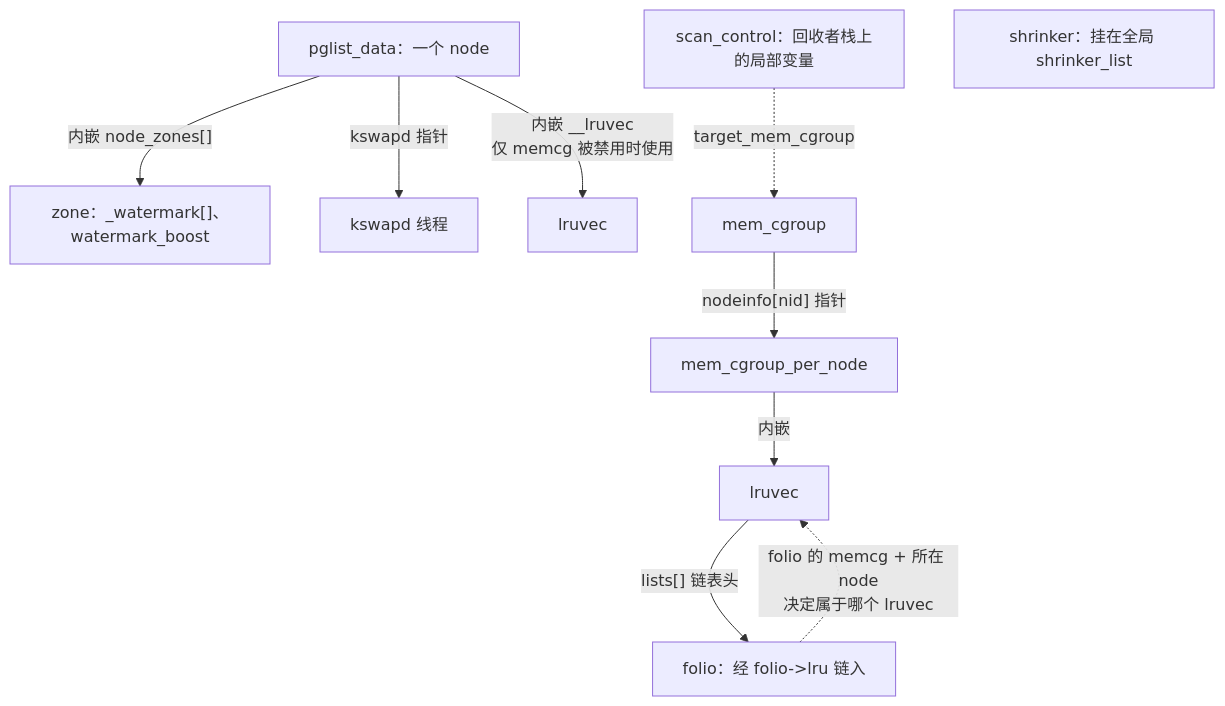
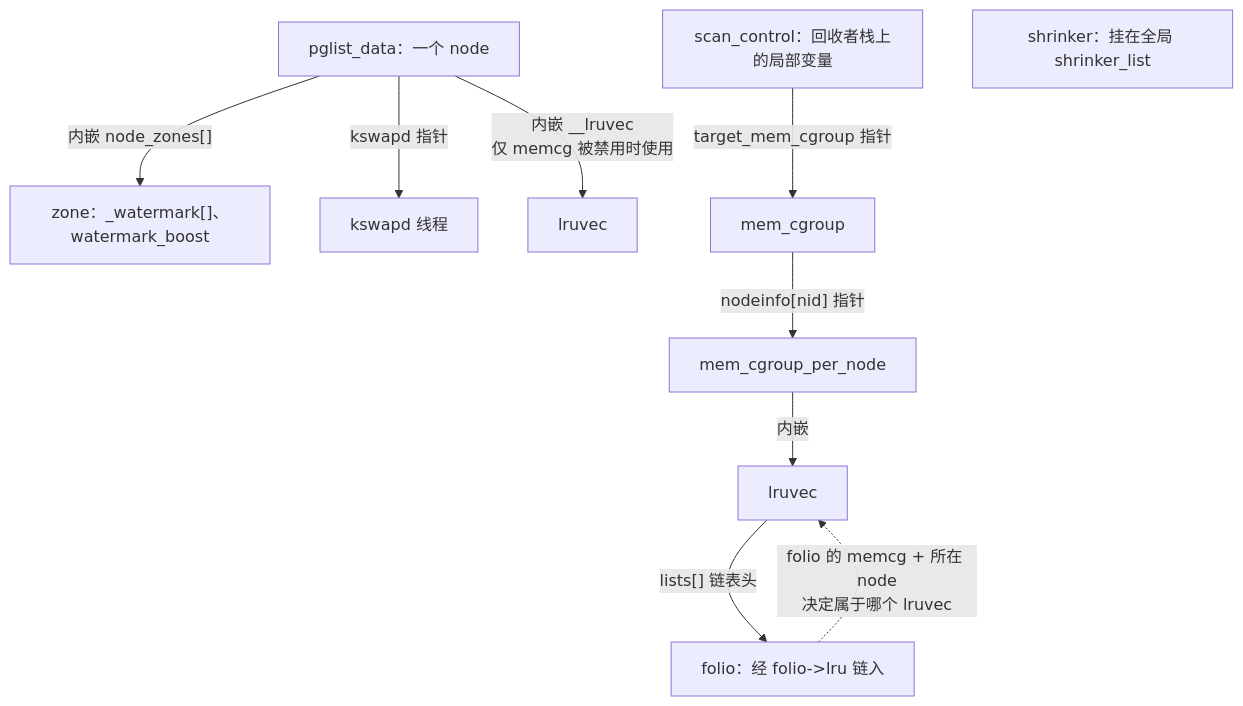
The third of 7 diagrams in book/memory/reclaim.md (linuxperf/linux-study), drawn with Mermaid before and after one commit. The commit also changed other lines of this file and 5 other files, not shown here.

````diff
--- a/book/memory/reclaim.md
+++ b/book/memory/reclaim.md
@@ -194,12 +194,12 @@
 ```mermaid
 flowchart TD
     PG["pglist_data：一个 node"] -->|"内嵌 node_zones[]"| Z["zone：_watermark[]、watermark_boost"]
     PG -->|"kswapd 指针"| KT["kswapd 线程"]
     PG -->|"内嵌 __lruvec<br/>仅 memcg 被禁用时使用"| L0["lruvec"]
     MCG["mem_cgroup"] -->|"nodeinfo[nid] 指针"| PN["mem_cgroup_per_node"]
     PN -->|"内嵌"| L["lruvec"]
     L -->|"lists[] 链表头"| F["folio：经 folio->lru 链入"]
     F -.->|"folio 的 memcg + 所在 node<br/>决定属于哪个 lruvec"| L
-    SC["scan_control：回收者栈上的局部变量"] -.->|"target_mem_cgroup"| MCG
+    SC["scan_control：回收者栈上的局部变量"] -->|"target_mem_cgroup 指针"| MCG
     SH["shrinker：挂在全局 shrinker_list"]
 ```
````
